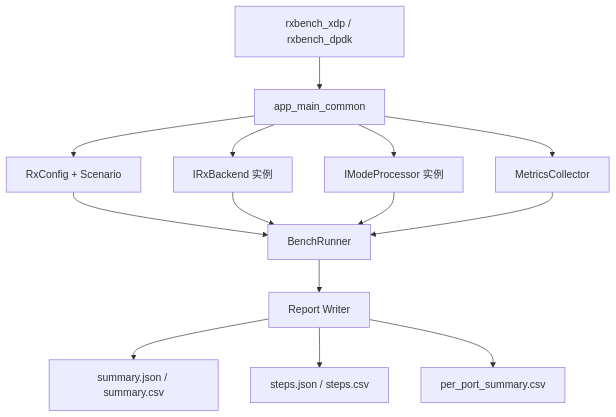
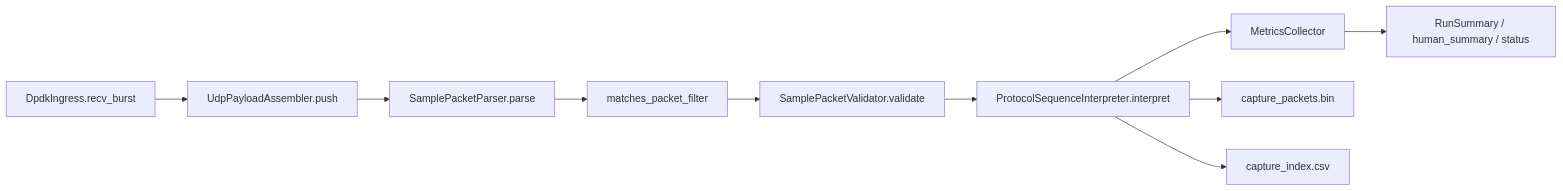
The diagram in docs/当前接收端代码实现与执行逻辑详解.md (Rulapopomose84996/rx_tech_demo), drawn with Mermaid before and after one commit. The commit also changed other lines of this file and 5 other files, not shown here.

````diff
--- a/docs/当前接收端代码实现与执行逻辑详解.md
+++ b/docs/当前接收端代码实现与执行逻辑详解.md
@@ -64,16 +122,12 @@
 ```mermaid
-flowchart TD
-    A["rxbench_xdp / rxbench_dpdk"] --> B["app_main_common"]
-    B --> C["RxConfig + Scenario"]
-    B --> D["IRxBackend 实例"]
-    B --> E["IModeProcessor 实例"]
-    B --> F["MetricsCollector"]
-    C --> G["BenchRunner"]
-    D --> G
-    E --> G
-    F --> G
-    G --> H["Report Writer"]
-    H --> I["summary.json / summary.csv"]
-    H --> J["steps.json / steps.csv"]
-    H --> K["per_port_summary.csv"]
+flowchart LR
+    A["DpdkIngress.recv_burst"] --> B["UdpPayloadAssembler.push"]
+    B --> C["SamplePacketParser.parse"]
+    C --> D["matches_packet_filter"]
+    D --> E["SamplePacketValidator.validate"]
+    E --> F["ProtocolSequenceInterpreter.interpret"]
+    F --> G["MetricsCollector"]
+    F --> H["capture_packets.bin"]
+    F --> I["capture_index.csv"]
+    G --> J["RunSummary / human_summary / status"]
 ```
````
